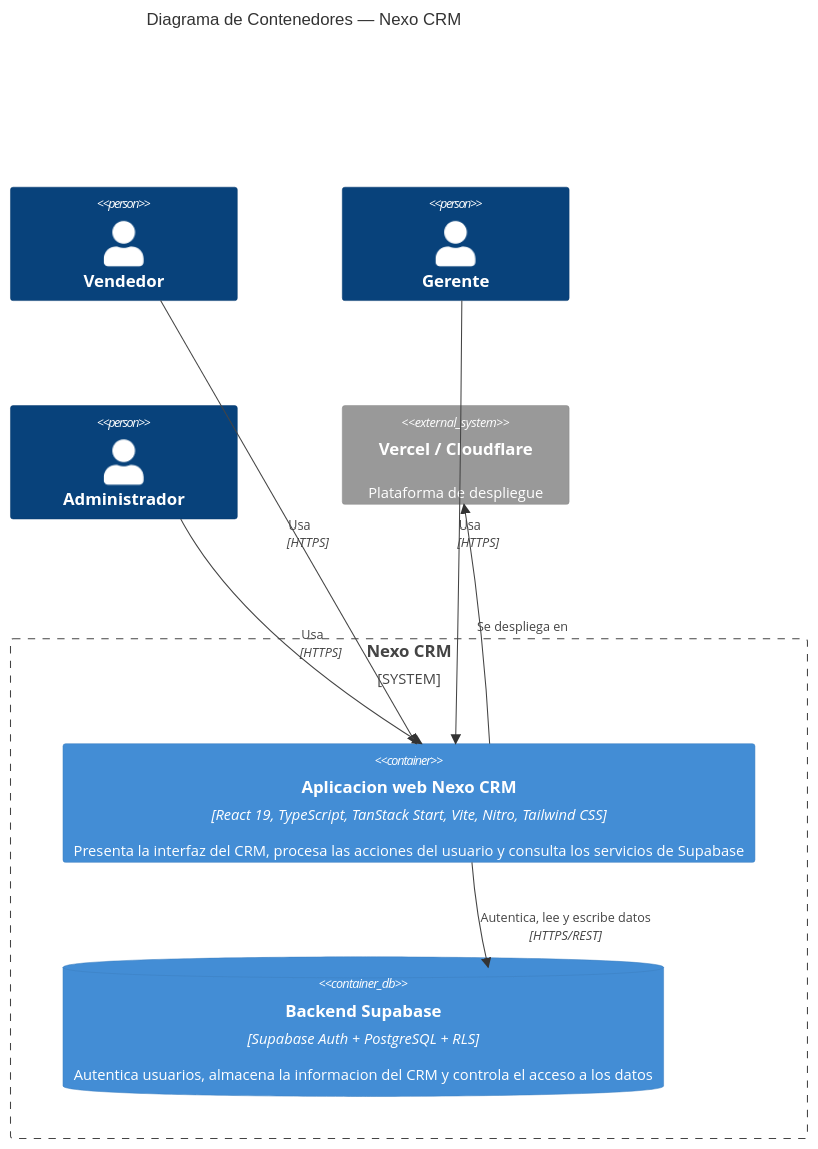
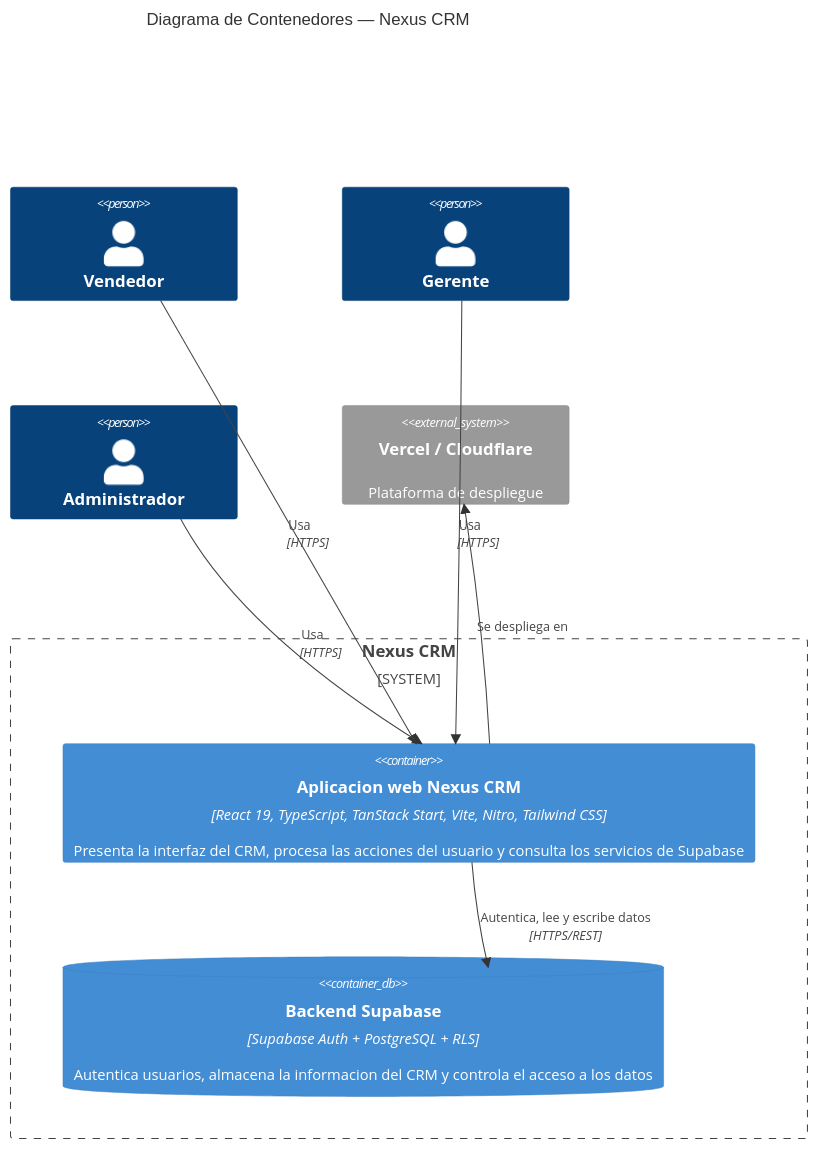
Before and after one commit to Felipe7774/NEXUS: the second of 4 diagrams in dossier/modeloc4-nivel.md, drawn with Mermaid. The commit also changed other lines of this file and 21 other files, not shown here.

Commit message:
feat: redesign landing and rebrand CRM as Nexus (#81)

````diff
--- a/dossier/modeloc4-nivel.md
+++ b/dossier/modeloc4-nivel.md
@@ -71,21 +71,21 @@
 ```mermaid
 C4Container
-  title Diagrama de Contenedores — Nexo CRM
+  title Diagrama de Contenedores — Nexus CRM
 
   Person(vendedor, "Vendedor")
   Person(gerente, "Gerente")
   Person(admin, "Administrador")
 
-  System_Boundary(nexo, "Nexo CRM") {
-    Container(webapp, "Aplicacion web Nexo CRM", "React 19, TypeScript, TanStack Start, Vite, Nitro, Tailwind CSS", "Presenta la interfaz del CRM, procesa las acciones del usuario y consulta los servicios de Supabase")
+  System_Boundary(nexo, "Nexus CRM") {
+    Container(webapp, "Aplicacion web Nexus CRM", "React 19, TypeScript, TanStack Start, Vite, Nitro, Tailwind CSS", "Presenta la interfaz del CRM, procesa las acciones del usuario y consulta los servicios de Supabase")
     ContainerDb(supabase, "Backend Supabase", "Supabase Auth + PostgreSQL + RLS", "Autentica usuarios, almacena la informacion del CRM y controla el acceso a los datos")
   }
 
   System_Ext(hosting, "Vercel / Cloudflare", "Plataforma de despliegue")
 
   Rel(vendedor, webapp, "Usa", "HTTPS")
   Rel(gerente, webapp, "Usa", "HTTPS")
   Rel(admin, webapp, "Usa", "HTTPS")
   Rel(webapp, supabase, "Autentica, lee y escribe datos", "HTTPS/REST")
   Rel(webapp, hosting, "Se despliega en")
 ```
````
